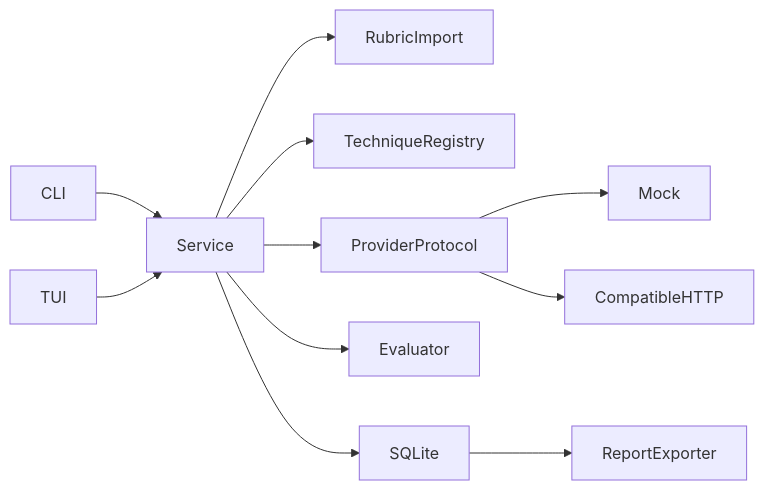
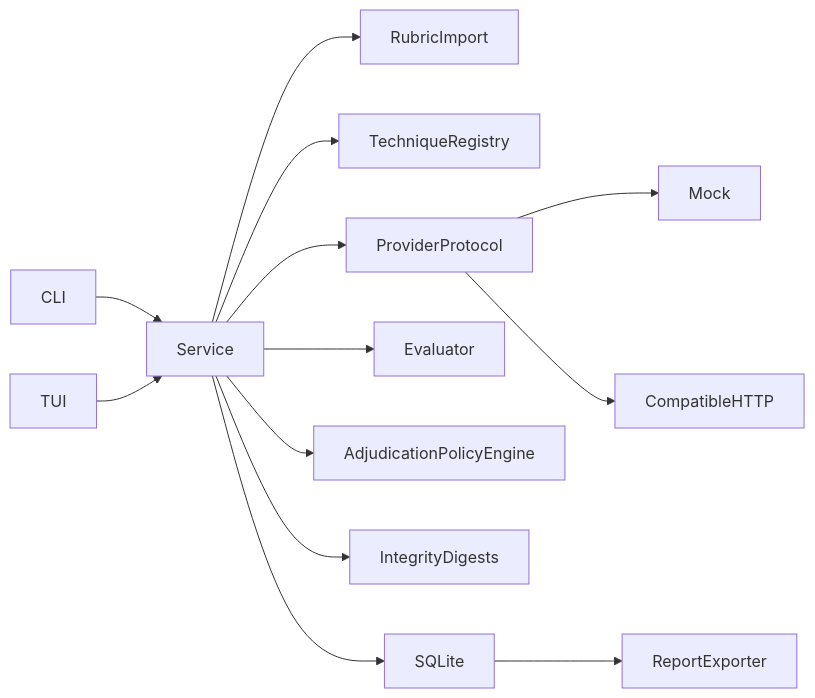
One commit to hmarquardt/faultline changed the diagram in docs/ARCHITECTURE.md. Above: the diagram before and after it, drawn with Mermaid. The commit also changed other lines of this file and 27 other files, not shown here.

````diff
--- a/docs/ARCHITECTURE.md
+++ b/docs/ARCHITECTURE.md
@@ -15,13 +20,15 @@
 ```mermaid
 flowchart LR
   CLI --> Service
   TUI --> Service
   Service --> RubricImport
   Service --> TechniqueRegistry
   Service --> ProviderProtocol
   Service --> Evaluator
+  Service --> AdjudicationPolicyEngine
+  Service --> IntegrityDigests
   Service --> SQLite
   SQLite --> ReportExporter
   ProviderProtocol --> Mock
   ProviderProtocol --> CompatibleHTTP
 ```
````
